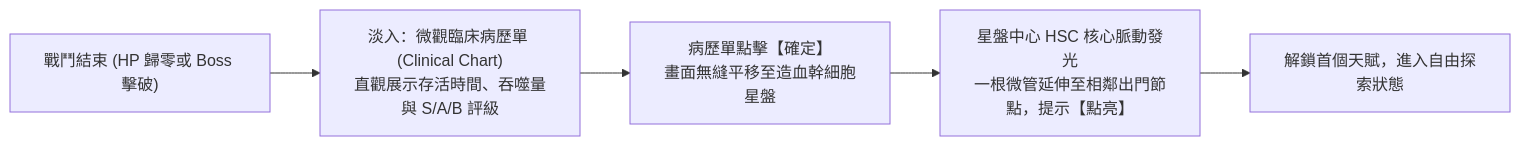
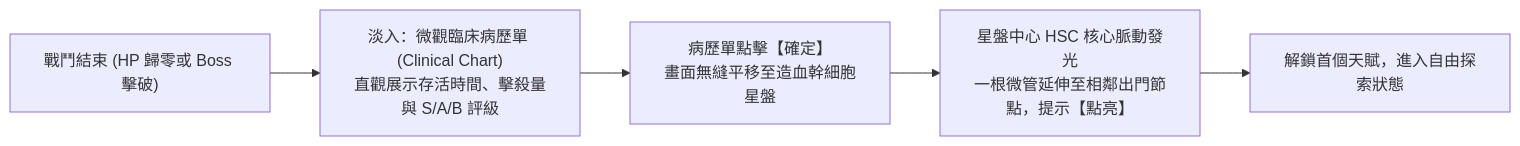
Before and after one commit to skyrocket-qy/Phagocyte: the second of 2 diagrams in docs/tutorial.md, drawn with Mermaid. The commit also changed other lines of this file and 83 other files, not shown here.

````diff
--- a/docs/tutorial.md
+++ b/docs/tutorial.md
@@ -62,7 +62,7 @@
 ```mermaid
 flowchart LR
-    A["戰鬥結束 (HP 歸零或 Boss 擊破)"] --> B["淡入：微觀臨床病歷單 (Clinical Chart)<br>直觀展示存活時間、吞噬量與 S/A/B 評級"]
+    A["戰鬥結束 (HP 歸零或 Boss 擊破)"] --> B["淡入：微觀臨床病歷單 (Clinical Chart)<br>直觀展示存活時間、擊殺量與 S/A/B 評級"]
     B --> C["病歷單點擊【確定】<br>畫面無縫平移至造血幹細胞星盤"]
     C --> D["星盤中心 HSC 核心脈動發光<br>一根微管延伸至相鄰出門節點，提示【點亮】"]
     D --> E["解鎖首個天賦，進入自由探索狀態"]
 ```
````
